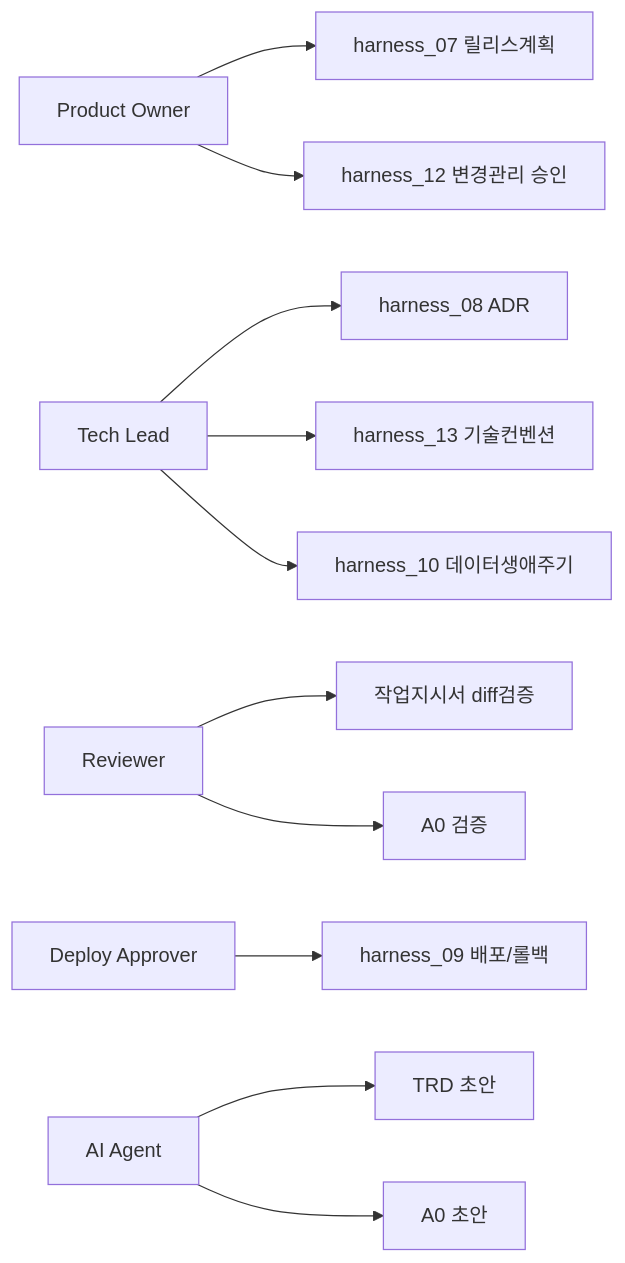
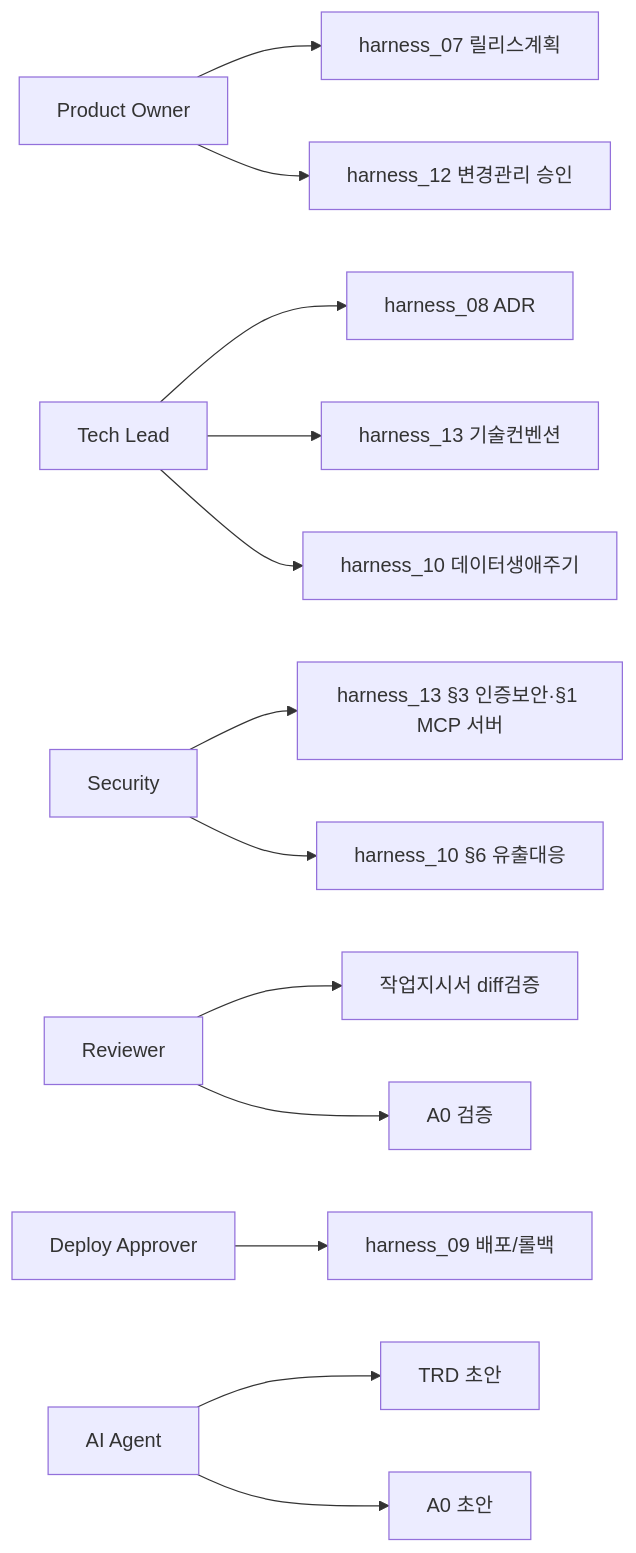
The first of 2 diagrams in harness/harness_11_raci.md (jcs19752510-ui/HARNESS_BASIC), drawn with Mermaid before and after one commit. The commit also changed other lines of this file and 11 other files, not shown here.

````diff
--- a/harness/harness_11_raci.md
+++ b/harness/harness_11_raci.md
@@ -46,13 +48,15 @@
 ```mermaid
 graph LR
     PO[Product Owner] --> D07[harness_07 릴리스계획]
     PO --> D12[harness_12 변경관리 승인]
     TL[Tech Lead] --> D08[harness_08 ADR]
     TL --> D13[harness_13 기술컨벤션]
     TL --> D10[harness_10 데이터생애주기]
+    SEC[Security] --> D13b[harness_13 §3 인증보안·§1 MCP 서버]
+    SEC --> D10b[harness_10 §6 유출대응]
     RV[Reviewer] --> D02[작업지시서 diff검증]
     RV --> D03[A0 검증]
     DA[Deploy Approver] --> D09[harness_09 배포/롤백]
     AI[AI Agent] --> D01[TRD 초안]
     AI --> D03b[A0 초안]
 ```
````
